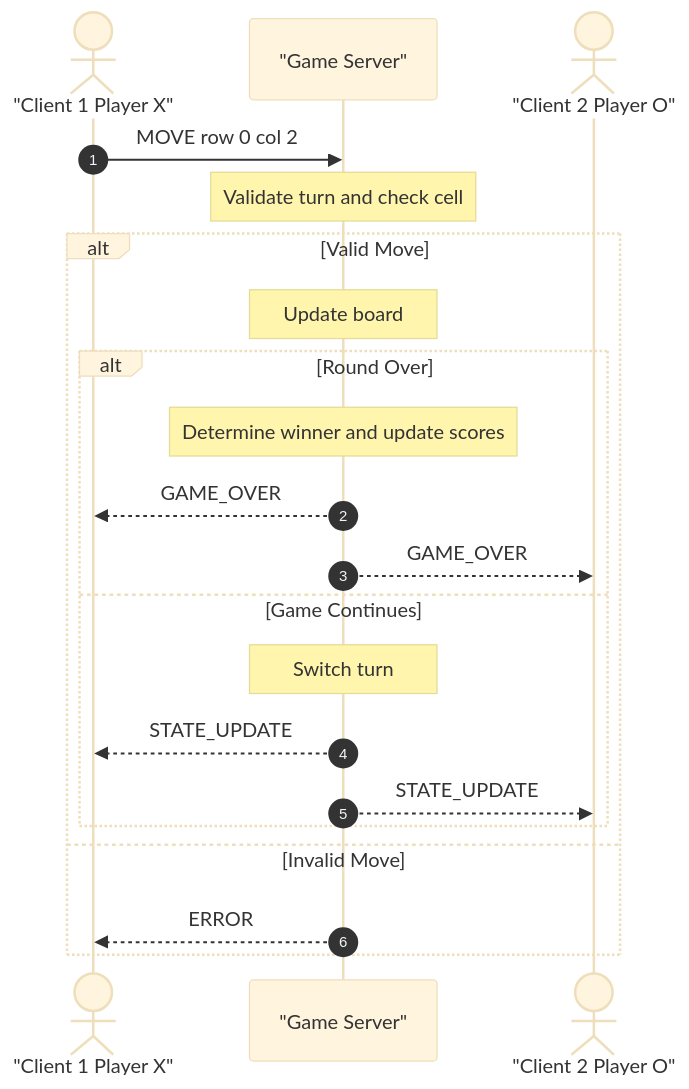
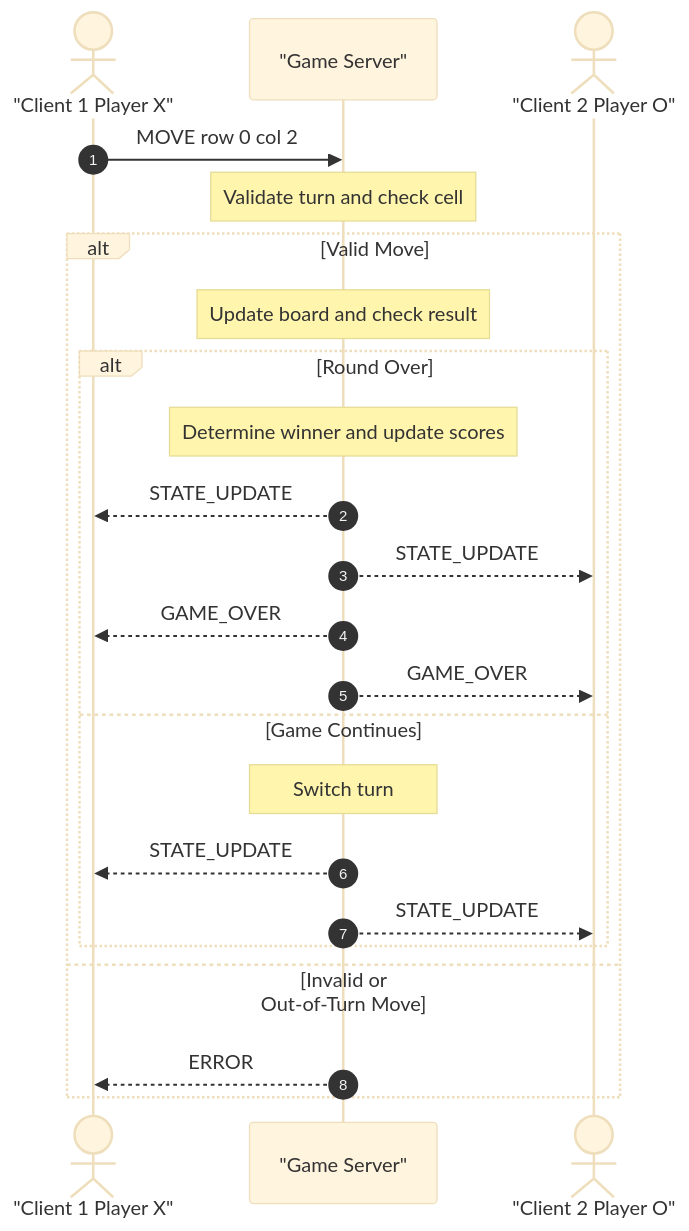
One commit to Julian-Rhino/cs457-final-project changed the diagram in concurrency_design.md. Above: the diagram before and after it, drawn with Mermaid (base theme). The commit also changed other lines of this file, not shown here.

````diff
--- a/concurrency_design.md
+++ b/concurrency_design.md
@@ -106,27 +106,29 @@
 ```mermaid
 sequenceDiagram
     autonumber
     actor Client1 as "Client 1 Player X"
     participant Server as "Game Server"
     actor Client2 as "Client 2 Player O"
 
     Client1->>Server: MOVE row 0 col 2
     Note over Server: Validate turn and check cell
 
     alt Valid Move
-        Note over Server: Update board
+        Note over Server: Update board and check result
 
         alt Round Over
             Note over Server: Determine winner and update scores
+            Server-->>Client1: STATE_UPDATE
+            Server-->>Client2: STATE_UPDATE
             Server-->>Client1: GAME_OVER
             Server-->>Client2: GAME_OVER
         else Game Continues
             Note over Server: Switch turn
             Server-->>Client1: STATE_UPDATE
             Server-->>Client2: STATE_UPDATE
         end
 
-    else Invalid Move
+    else Invalid or Out-of-Turn Move
         Server-->>Client1: ERROR
     end
 ```
````
